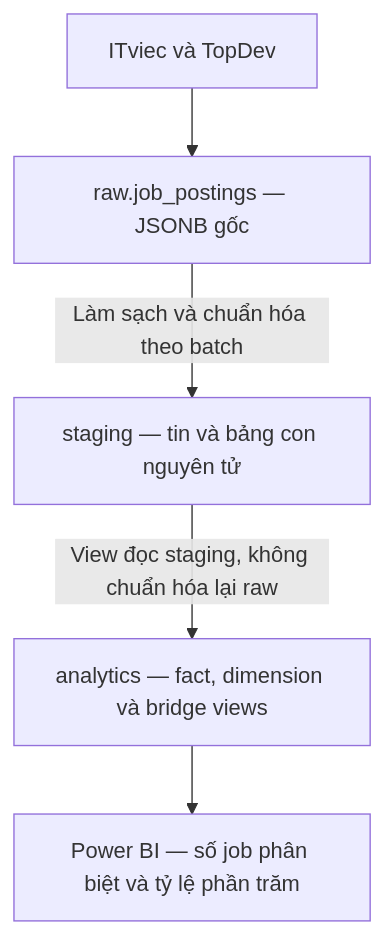
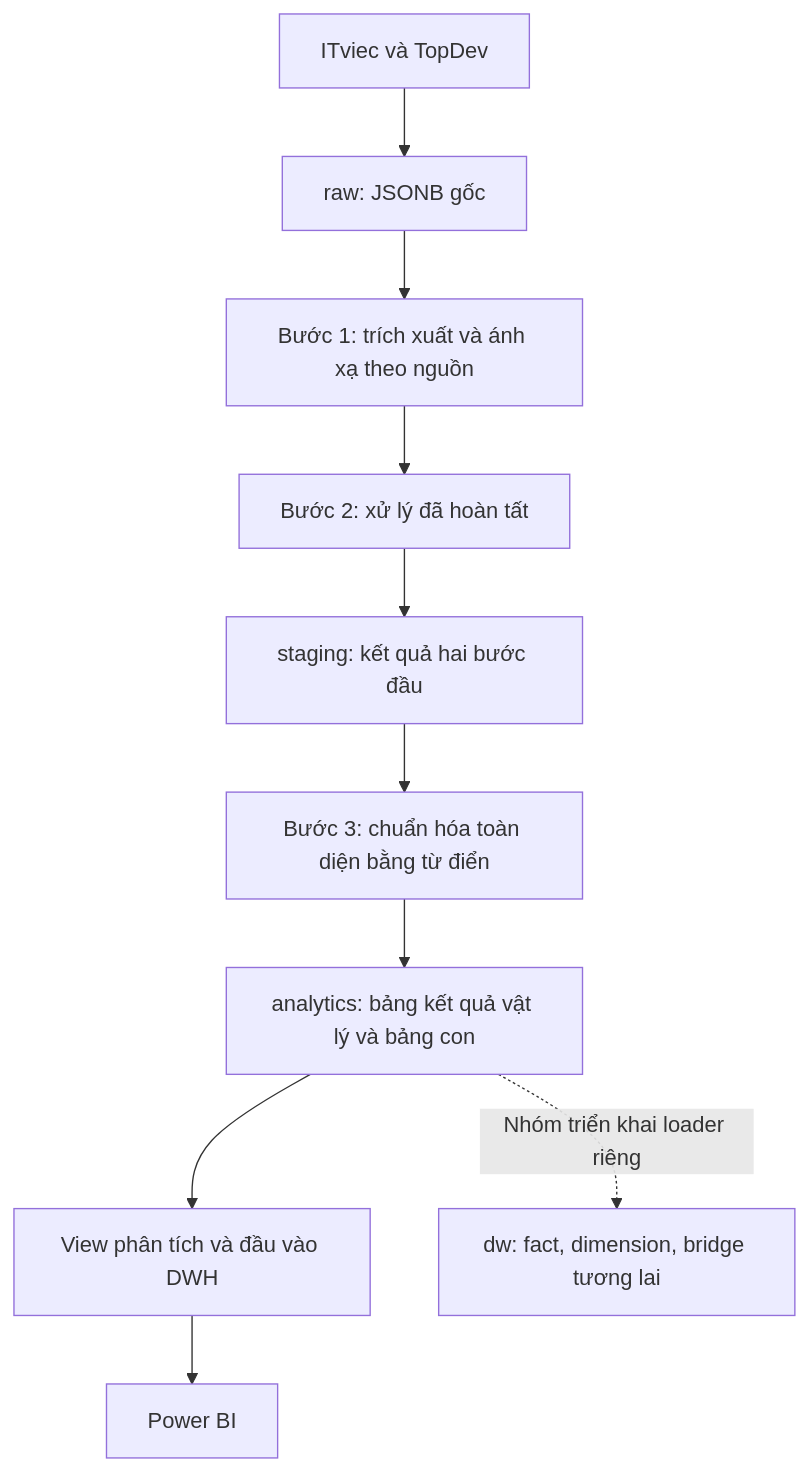
The first of 2 diagrams in docs/KIEN_TRUC_DW_VA_ANALYTICS.md (tranduckhang2612/it-job-market-dwh), drawn with Mermaid before and after one commit. The commit also changed other lines of this file and 14 other files, not shown here.

````diff
--- a/docs/KIEN_TRUC_DW_VA_ANALYTICS.md
+++ b/docs/KIEN_TRUC_DW_VA_ANALYTICS.md
@@ -7,7 +7,12 @@
 ```mermaid
 flowchart TD
-    A[ITviec và TopDev] --> B[raw.job_postings — JSONB gốc]
-    B -->|Làm sạch và chuẩn hóa theo batch| C[staging — tin và bảng con nguyên tử]
-    C -->|View đọc staging, không chuẩn hóa lại raw| D[analytics — fact, dimension và bridge views]
-    D --> E[Power BI — số job phân biệt và tỷ lệ phần trăm]
+    A[ITviec và TopDev] --> R[raw: JSONB gốc]
+    R --> P[Bước 1: trích xuất và ánh xạ theo nguồn]
+    P --> C[Bước 2: xử lý đã hoàn tất]
+    C --> S[staging: kết quả hai bước đầu]
+    S --> N[Bước 3: chuẩn hóa toàn diện bằng từ điển]
+    N --> AN[analytics: bảng kết quả vật lý và bảng con]
+    AN --> V[View phân tích và đầu vào DWH]
+    V --> BI[Power BI]
+    AN -. Nhóm triển khai loader riêng .-> DW[dw: fact, dimension, bridge tương lai]
 ```
````
